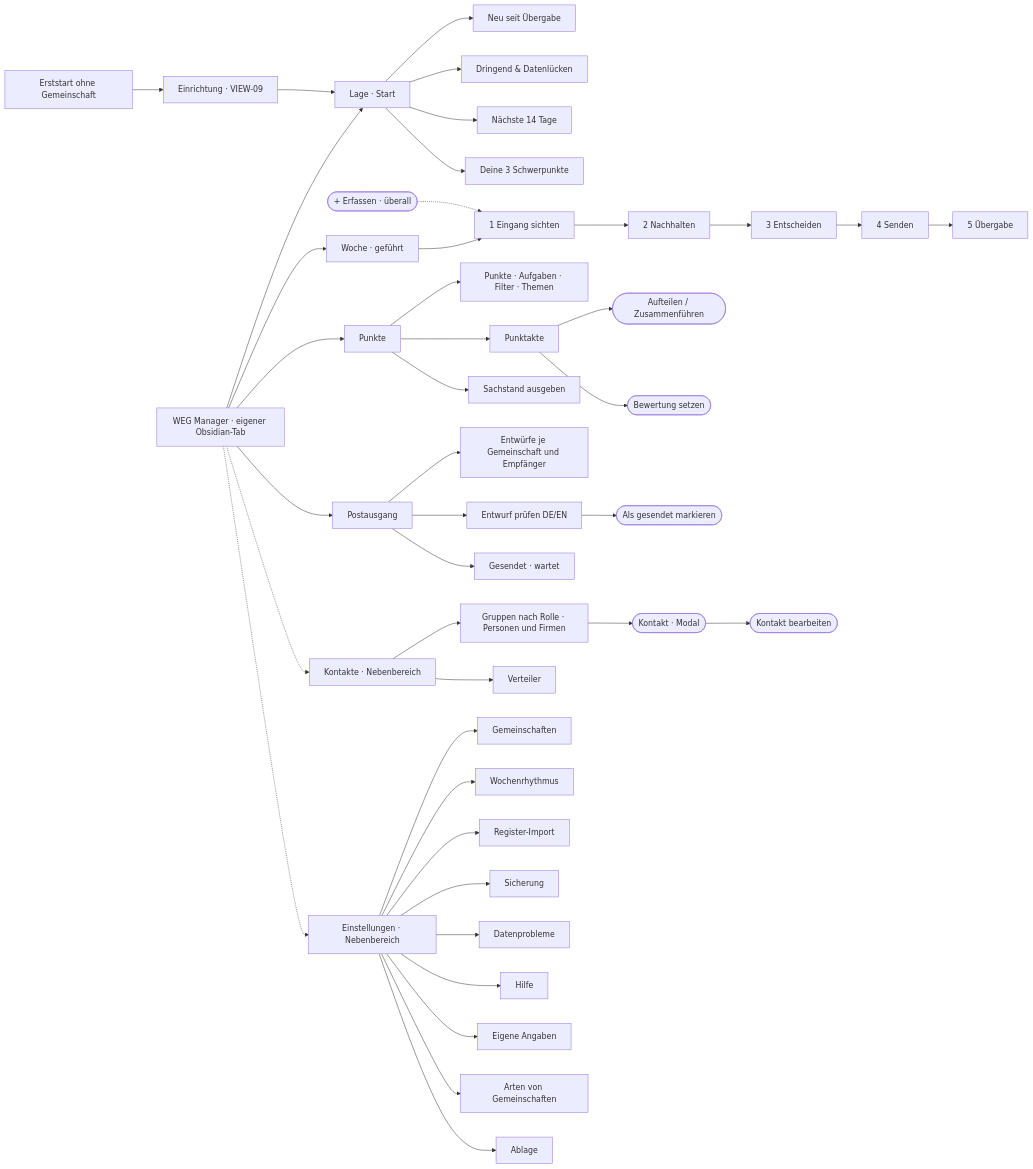
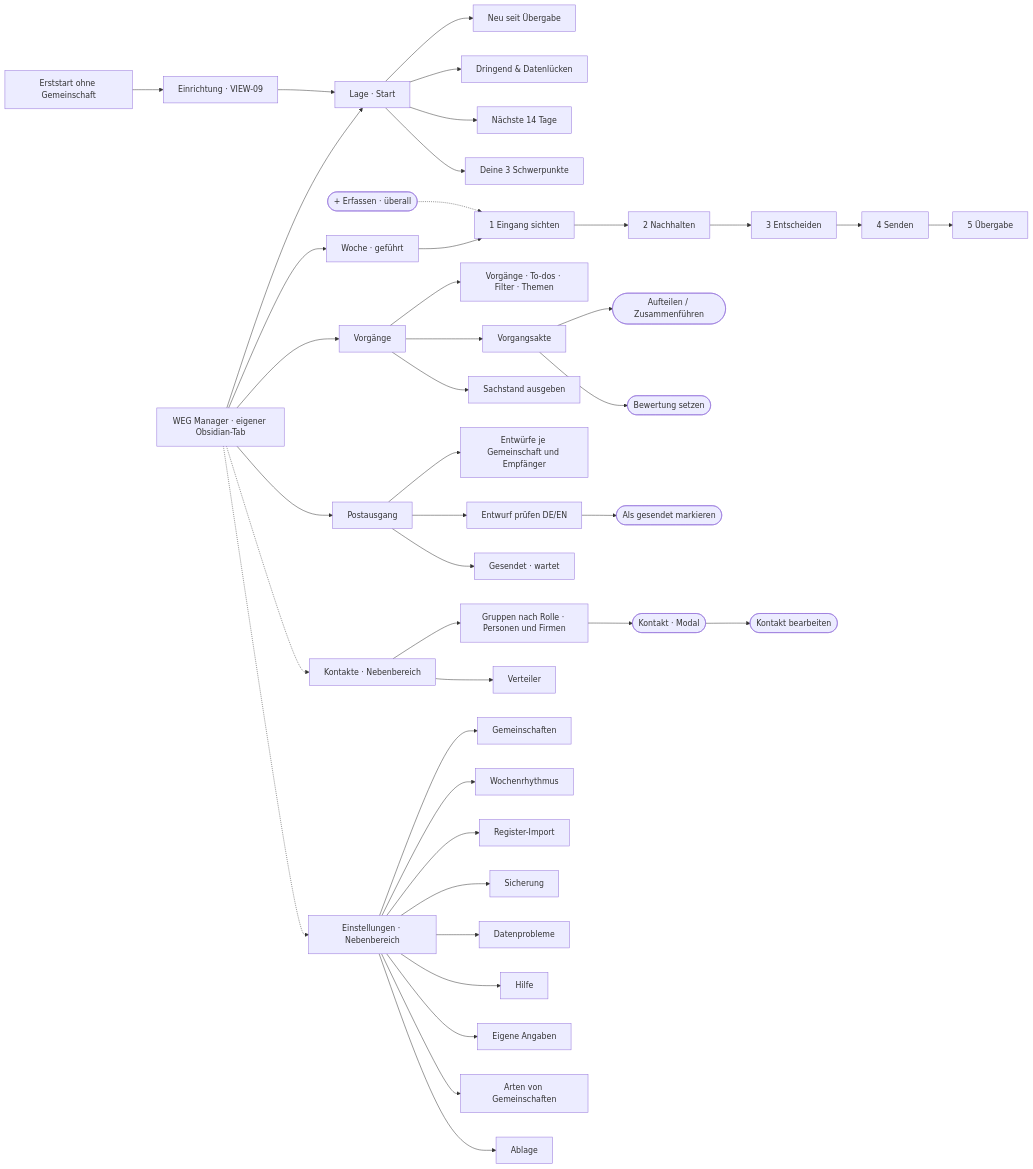
Before and after one commit to Luis85/weg-manager: the diagram in docs/design/sitemap/00 - Sitemap.md, drawn with Mermaid. The commit also changed other lines of this file and 34 other files, not shown here.

````diff
--- a/docs/design/sitemap/00 - Sitemap.md
+++ b/docs/design/sitemap/00 - Sitemap.md
@@ -32,44 +32,44 @@
 ```mermaid
 flowchart LR
   R[WEG Manager · eigener Obsidian-Tab]
   R --> L[Lage · Start]
   R --> W[Woche · geführt]
-  R --> P[Punkte]
+  R --> P[Vorgänge]
   R --> O[Postausgang]
   R -.-> K[Kontakte · Nebenbereich]
   R -.-> S[Einstellungen · Nebenbereich]
   L --> L1[Neu seit Übergabe]
   L --> L2[Dringend & Datenlücken]
   L --> L3[Nächste 14 Tage]
   L --> L4[Deine 3 Schwerpunkte]
   W --> W1[1 Eingang sichten]
   W1 --> W2[2 Nachhalten]
   W2 --> W3[3 Entscheiden]
   W3 --> W4[4 Senden]
   W4 --> W5[5 Übergabe]
-  P --> P1[Punkte · Aufgaben · Filter · Themen]
-  P --> P2[Punktakte]
+  P --> P1[Vorgänge · To-dos · Filter · Themen]
+  P --> P2[Vorgangsakte]
   P2 --> P3([Aufteilen / Zusammenführen])
   P2 --> P4([Bewertung setzen])
   P --> P5[Sachstand ausgeben]
   O --> O1[Entwürfe je Gemeinschaft und Empfänger]
   O --> O2[Entwurf prüfen DE/EN]
   O2 --> O3([Als gesendet markieren])
   O --> O4[Gesendet · wartet]
   K --> K1[Gruppen nach Rolle · Personen und Firmen]
   K --> K2[Verteiler]
   K1 --> K4([Kontakt · Modal])
   K4 --> K3([Kontakt bearbeiten])
   S --> S1[Gemeinschaften]
   S --> S2[Wochenrhythmus]
   S --> S3[Register-Import]
   S --> S4[Sicherung]
   S --> S5[Datenprobleme]
   S --> S6[Hilfe]
   E0[Erststart ohne Gemeinschaft] --> E1[Einrichtung · VIEW-09]
   E1 --> L
   S --> S8[Eigene Angaben]
   S --> S9[Arten von Gemeinschaften]
   S --> S10[Ablage]
   G([+ Erfassen · überall]) -.-> W1
 ```
````
